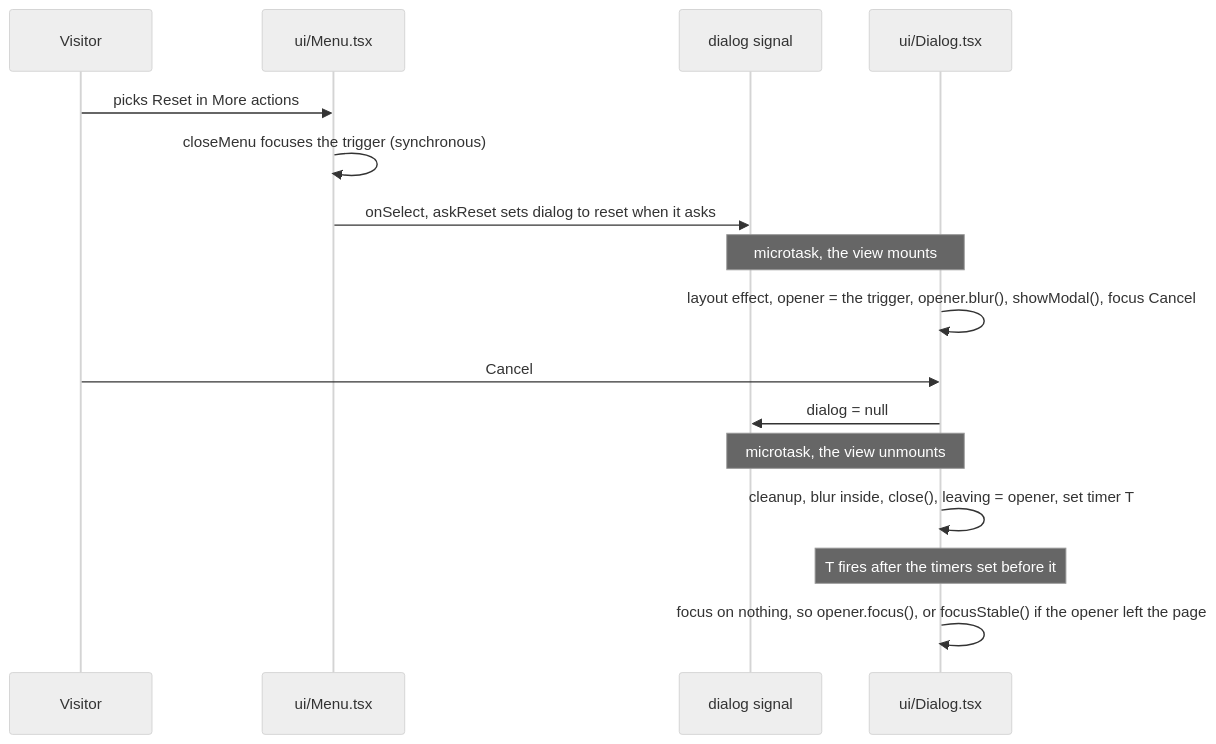
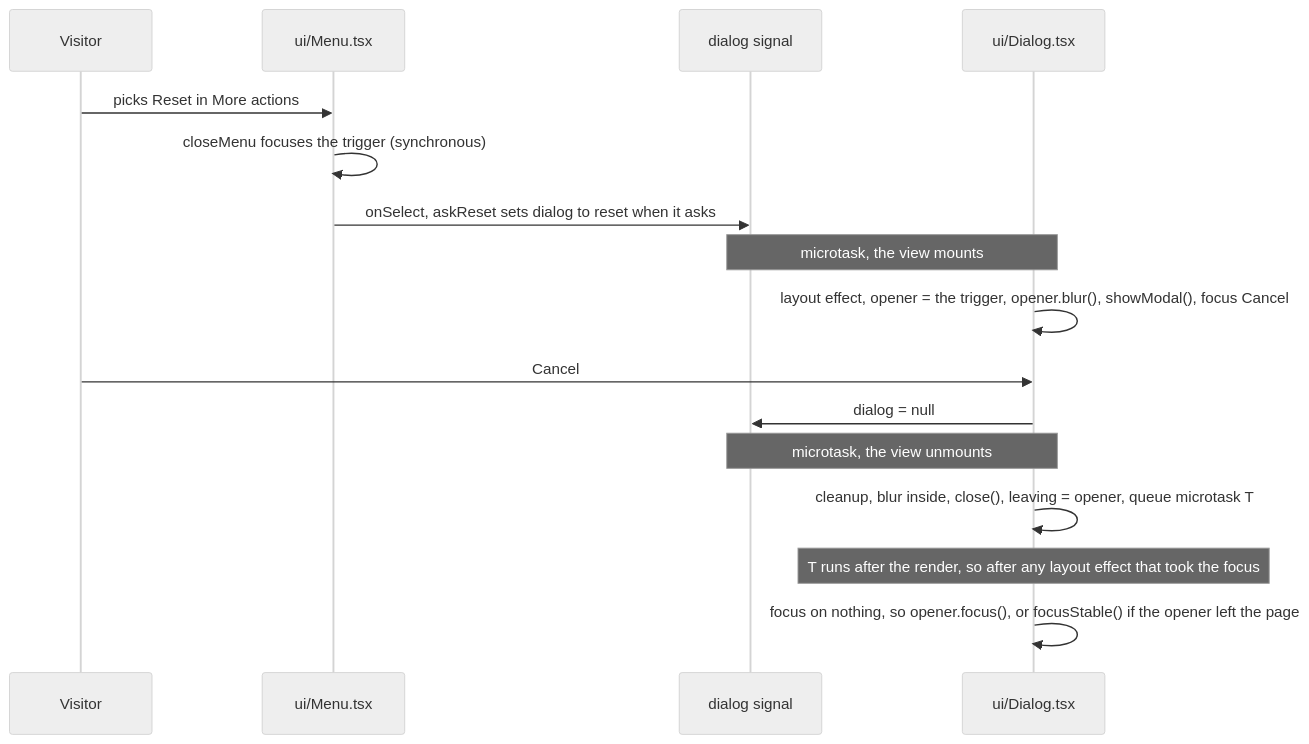
Before and after one commit to jeffzyliu/dofile: the first of 11 diagrams in docs/web-page-flows.md, drawn with Mermaid (neutral theme). The commit also changed other lines of this file and 1 other file, not shown here.

Commit message:
Focus docs: page flows section 1 describes the requests that replaced the timers (the tree's keyless request, the closed tab, the editor, the dialog's microtask), rule 7 says which requests a click may set; test map: the empty-list unfold test (155 tests, 620 cases)

````diff
--- a/docs/web-page-flows.md
+++ b/docs/web-page-flows.md
@@ -91,18 +103,18 @@
 ```mermaid
 sequenceDiagram
   participant V as Visitor
   participant M as ui/Menu.tsx
   participant S as dialog signal
   participant D as ui/Dialog.tsx
   V->>M: picks Reset in More actions
   M->>M: closeMenu focuses the trigger (synchronous)
   M->>S: onSelect, askReset sets dialog to reset when it asks
   Note over S,D: microtask, the view mounts
   D->>D: layout effect, opener = the trigger, opener.blur(), showModal(), focus Cancel
   V->>D: Cancel
   D->>S: dialog = null
   Note over S,D: microtask, the view unmounts
-  D->>D: cleanup, blur inside, close(), leaving = opener, set timer T
-  Note over D: T fires after the timers set before it
+  D->>D: cleanup, blur inside, close(), leaving = opener, queue microtask T
+  Note over D: T runs after the render, so after any layout effect that took the focus
   D->>D: focus on nothing, so opener.focus(), or focusStable() if the opener left the page
 ```
````
